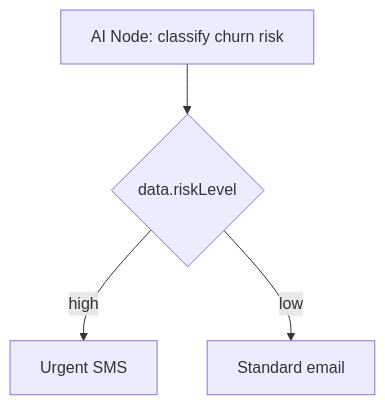
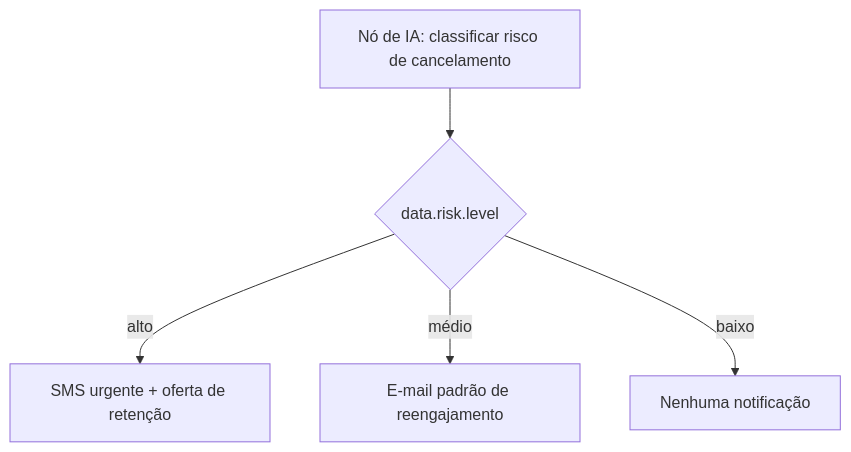
One commit to KriyanshKhunt/nexus_docs changed the second of 2 diagrams in content/docs/pt/platform/features/ai-workflow-node.mdx. Above: the diagram before and after it, drawn with Mermaid. The commit also changed other lines of this file and 31 other files, not shown here.

````diff
--- a/content/docs/pt/platform/features/ai-workflow-node.mdx
+++ b/content/docs/pt/platform/features/ai-workflow-node.mdx
@@ -39,6 +67,7 @@
 ```mermaid
 flowchart TD
-  AI[AI Node: classify churn risk] --> C{data.riskLevel}
-  C -->|high| SMS[Urgent SMS]
-  C -->|low| Email[Standard email]
+  AI[Nó de IA: classificar risco de cancelamento] --> C{data.risk.level}
+  C -->|alto| SMS[SMS urgente + oferta de retenção]
+  C -->|médio| Email[E-mail padrão de reengajamento]
+  C -->|baixo| Skip[Nenhuma notificação]
 ```
````
